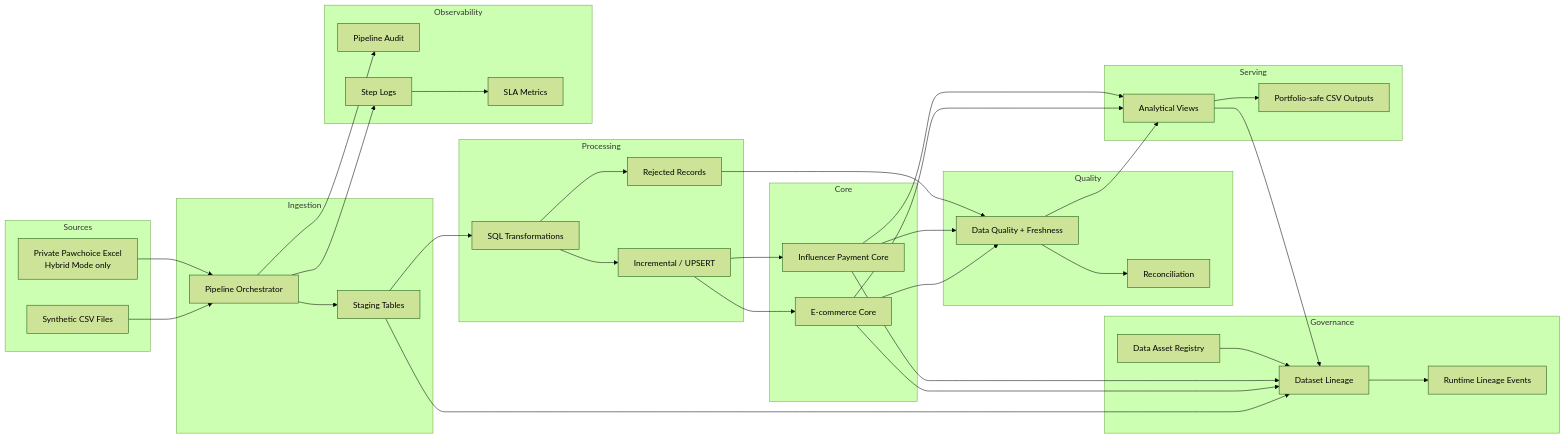
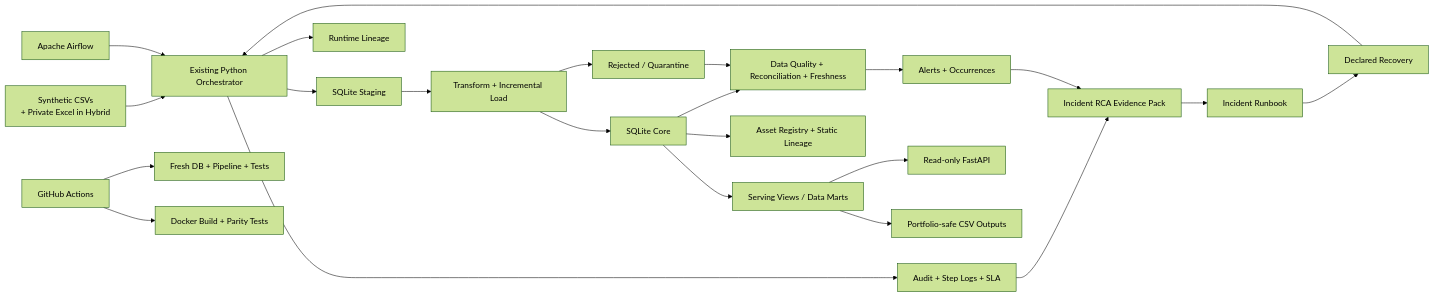
The diagram in README.md (bodinkc30-Pete/sql-ecommerce-data-engineering), drawn with Mermaid (forest theme) before and after one commit. The commit also changed other lines of this file, not shown here.

````diff
--- a/README.md
+++ b/README.md
@@ -83,76 +94,32 @@
 ```mermaid
 flowchart LR
+    SRC["Synthetic CSVs<br/>+ Private Excel in Hybrid"] --> ORCH["Existing Python Orchestrator"]
+    AF["Apache Airflow"] --> ORCH
 
-    subgraph Sources
-        S1[Synthetic CSV Files]
-        S2[Private Pawchoice Excel<br/>Hybrid Mode only]
-    end
+    ORCH --> STG["SQLite Staging"]
+    STG --> TRANS["Transform + Incremental Load"]
+    TRANS --> CORE["SQLite Core"]
+    TRANS --> REJ["Rejected / Quarantine"]
 
-    subgraph Ingestion
-        O[Pipeline Orchestrator]
-        STG[Staging Tables]
-    end
+    CORE --> DQ["Data Quality + Reconciliation + Freshness"]
+    REJ --> DQ
 
-    subgraph Processing
-        T[SQL Transformations]
-        INC[Incremental / UPSERT]
-        REJ[Rejected Records]
-    end
+    ORCH --> OBS["Audit + Step Logs + SLA"]
+    DQ --> ALERT["Alerts + Occurrences"]
 
-    subgraph Core
-        C1[E-commerce Core]
-        C2[Influencer Payment Core]
-    end
+    CORE --> V["Serving Views / Data Marts"]
+    V --> API["Read-only FastAPI"]
+    V --> CSV["Portfolio-safe CSV Outputs"]
 
-    subgraph Quality
-        DQ[Data Quality + Freshness]
-        REC[Reconciliation]
-    end
+    CORE --> GOV["Asset Registry + Static Lineage"]
+    ORCH --> RUNLINE["Runtime Lineage"]
 
-    subgraph Governance
-        ASSET[Data Asset Registry]
-        LINEAGE[Dataset Lineage]
-        RUNLINEAGE[Runtime Lineage Events]
-    end
+    OBS --> RCA["Incident RCA Evidence Pack"]
+    ALERT --> RCA
+    RCA --> RUNBOOK["Incident Runbook"]
+    RUNBOOK --> RECOVERY["Declared Recovery"]
+    RECOVERY --> ORCH
 
-    subgraph Observability
-        AUDIT[Pipeline Audit]
-        STEP[Step Logs]
-        SLA[SLA Metrics]
-    end
-
-    subgraph Serving
-        V[Analytical Views]
-        OUT[Portfolio-safe CSV Outputs]
-    end
-
-    S1 --> O
-    S2 --> O
-    O --> STG
-    STG --> T
-    T --> INC
-    INC --> C1
-    INC --> C2
-    T --> REJ
-
-    C1 --> DQ
-    C2 --> DQ
-    REJ --> DQ
-    DQ --> REC
-
-    STG --> LINEAGE
-    C1 --> LINEAGE
-    C2 --> LINEAGE
-    V --> LINEAGE
-    LINEAGE --> RUNLINEAGE
-    ASSET --> LINEAGE
-
-    O --> AUDIT
-    O --> STEP
-    STEP --> SLA
-
-    C1 --> V
-    C2 --> V
-    DQ --> V
-    V --> OUT
+    CI["GitHub Actions"] --> HOST["Fresh DB + Pipeline + Tests"]
+    CI --> DOCKER["Docker Build + Parity Tests"]
 ```
````
